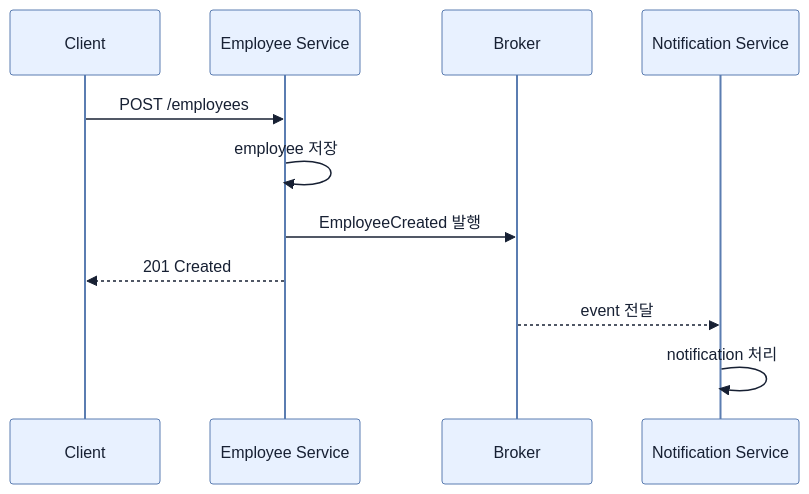
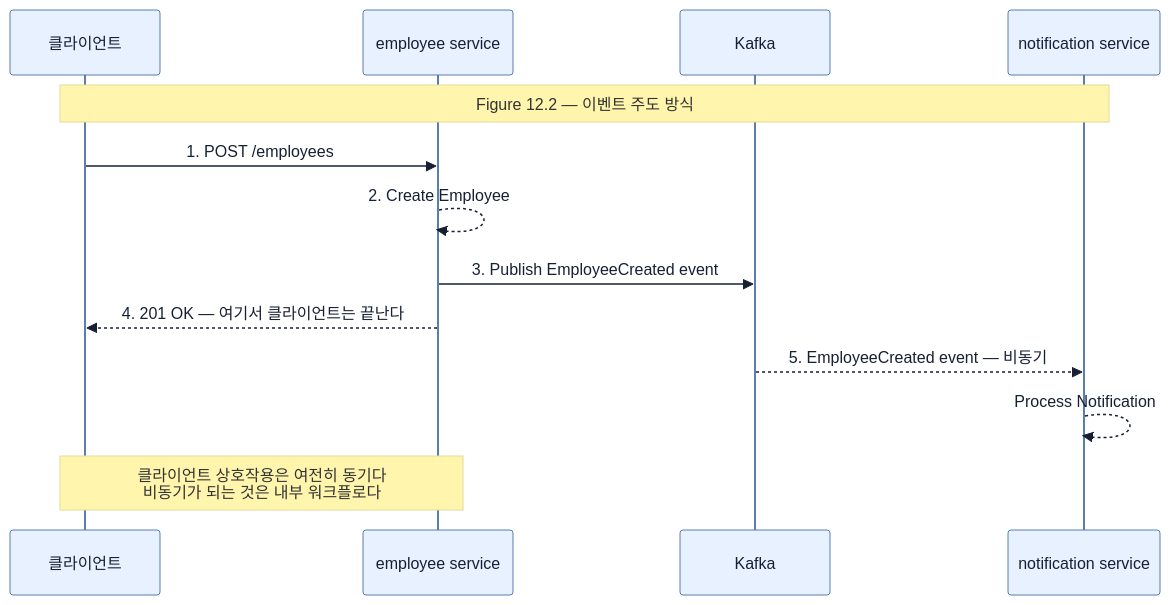
Before and after one commit to sing-u8/Learning_Spring_Boot_4: the second of 2 diagrams in spring-boot-4-pdf-notes/part-4-scaling-an-application-with-spring-boot/chapter-12-messaging-and-asynchronous-communication-in-spring-boot-4/01-asynchronous-and-event-driven-communication.md, drawn with Mermaid. The commit also changed other lines of this file and 253 other files, not shown here.

````diff
--- a/spring-boot-4-pdf-notes/part-4-scaling-an-application-with-spring-boot/chapter-12-messaging-and-asynchronous-communication-in-spring-boot-4/01-asynchronous-and-event-driven-communication.md
+++ b/spring-boot-4-pdf-notes/part-4-scaling-an-application-with-spring-boot/chapter-12-messaging-and-asynchronous-communication-in-spring-boot-4/01-asynchronous-and-event-driven-communication.md
@@ -32,14 +131,17 @@
 ```mermaid
 %%{init: {'theme': 'base', 'themeVariables': {'background': '#ffffff', 'primaryColor': '#e8f1ff', 'primaryTextColor': '#172033', 'primaryBorderColor': '#5b7db1', 'lineColor': '#52647a', 'secondaryColor': '#f7fbff', 'tertiaryColor': '#fff7df'}}}%%
 sequenceDiagram
-    participant C as Client
-    participant E as Employee Service
-    participant K as Broker
-    participant N as Notification Service
-    C->>E: POST /employees
-    E->>E: employee 저장
-    E->>K: EmployeeCreated 발행
-    E-->>C: 201 Created
-    K-->>N: event 전달
-    N->>N: notification 처리
+    participant C as 클라이언트
+    participant E as employee service
+    participant K as Kafka
+    participant N as notification service
+
+    note over C,N: Figure 12.2 — 이벤트 주도 방식
+    C->>E: 1. POST /employees
+    E-->>E: 2. Create Employee
+    E->>K: 3. Publish EmployeeCreated event
+    E-->>C: 4. 201 OK — 여기서 클라이언트는 끝난다
+    K-->>N: 5. EmployeeCreated event — 비동기
+    N-->>N: Process Notification
+    note over C,E: 클라이언트 상호작용은 여전히 동기다<br/>비동기가 되는 것은 내부 워크플로다
 ```
````
